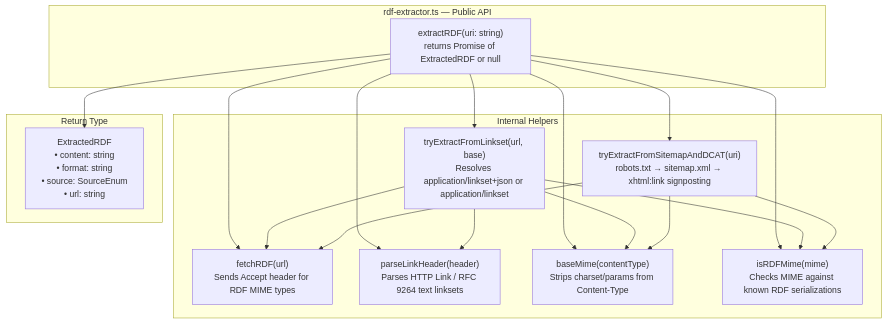
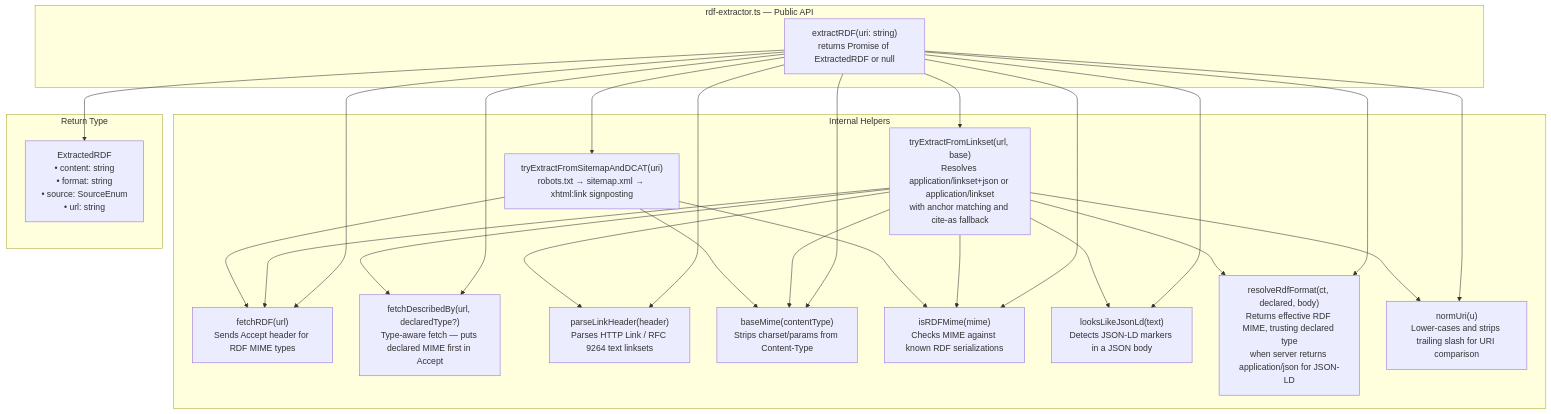
One commit to cedricdcc/wrx changed the first of 4 diagrams in DOCUMENTATION.md. Above: the diagram before and after it, drawn with Mermaid. The commit also changed other lines of this file, not shown here.

First line of the commit message:
Update DOCUMENTATION.md to reflect linkset strategy improvements

````diff
--- a/DOCUMENTATION.md
+++ b/DOCUMENTATION.md
@@ -11,35 +11,47 @@
 ```mermaid
 graph TB
     subgraph "rdf-extractor.ts — Public API"
         A["extractRDF(uri: string)\nreturns Promise of ExtractedRDF or null"]
     end
 
     subgraph "Internal Helpers"
         B["fetchRDF(url)\nSends Accept header for RDF MIME types"]
+        B2["fetchDescribedBy(url, declaredType?)\nType-aware fetch — puts declared MIME first in Accept"]
         C["parseLinkHeader(header)\nParses HTTP Link / RFC 9264 text linksets"]
         D["baseMime(contentType)\nStrips charset/params from Content-Type"]
         E["isRDFMime(mime)\nChecks MIME against known RDF serializations"]
-        F["tryExtractFromLinkset(url, base)\nResolves application/linkset+json or application/linkset"]
+        E2["looksLikeJsonLd(text)\nDetects JSON-LD markers in a JSON body"]
+        E3["resolveRdfFormat(ct, declared, body)\nReturns effective RDF MIME, trusting declared type\nwhen server returns application/json for JSON-LD"]
+        E4["normUri(u)\nLower-cases and strips trailing slash for URI comparison"]
+        F["tryExtractFromLinkset(url, base)\nResolves application/linkset+json or application/linkset\nwith anchor matching and cite-as fallback"]
         G["tryExtractFromSitemapAndDCAT(uri)\nrobots.txt → sitemap.xml → xhtml:link signposting"]
     end
 
     subgraph "Return Type"
         H["ExtractedRDF\n• content: string\n• format: string\n• source: SourceEnum\n• url: string"]
     end
 
     A --> B
+    A --> B2
     A --> C
     A --> D
     A --> E
+    A --> E2
+    A --> E3
+    A --> E4
     A --> F
     A --> G
     A --> H
 
     F --> B
+    F --> B2
     F --> C
     F --> D
     F --> E
+    F --> E2
+    F --> E3
+    F --> E4
     G --> B
     G --> D
     G --> E
 ```
````
